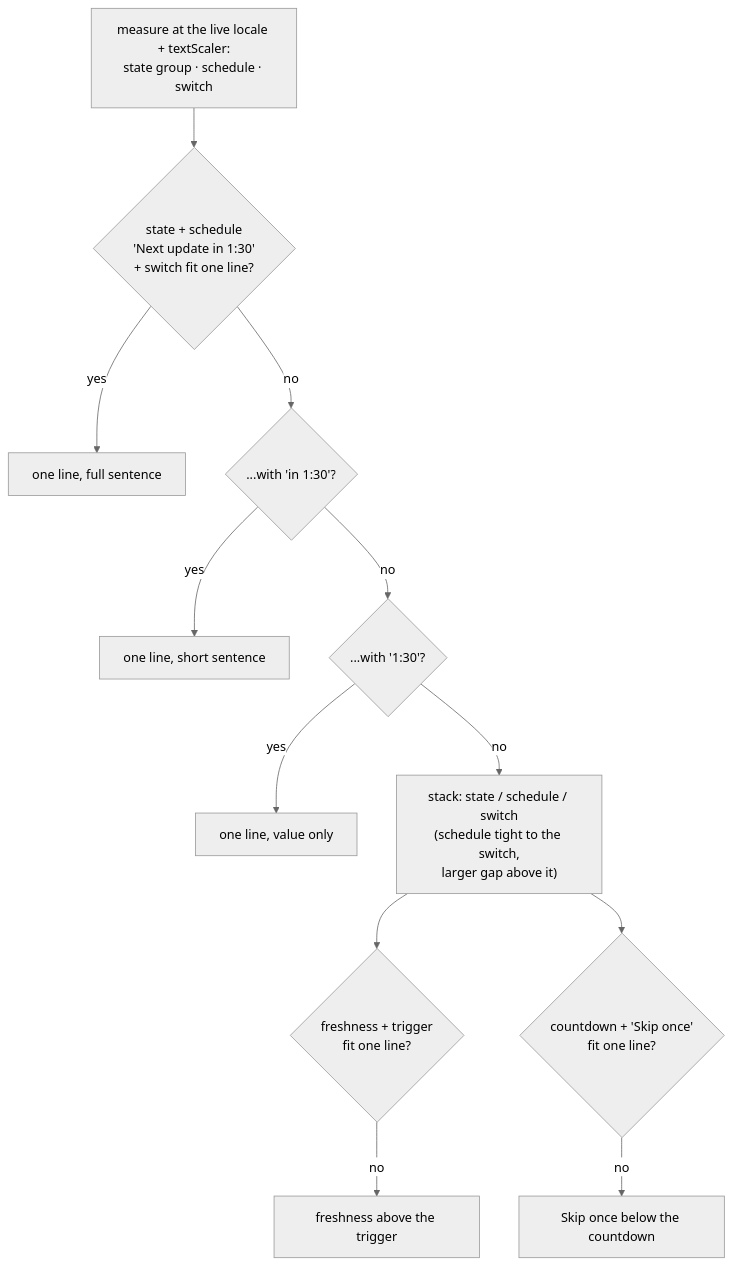
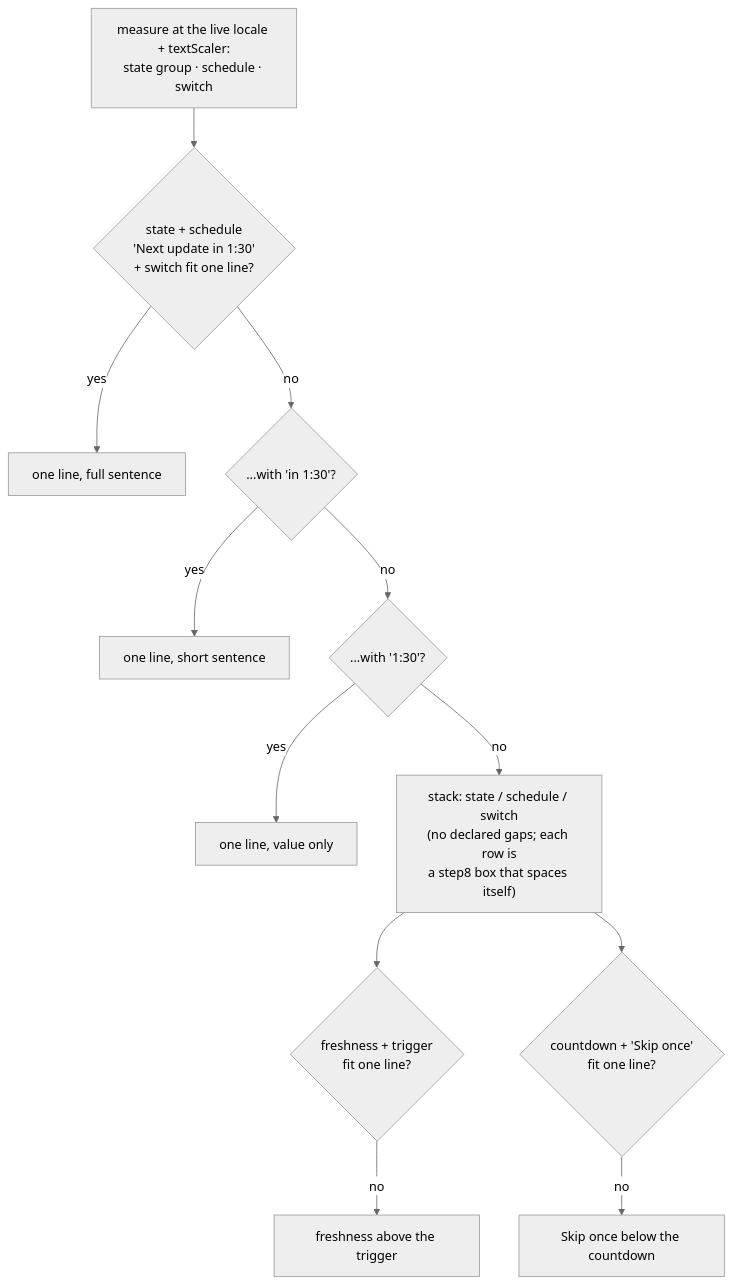
Before and after one commit to matthiasn/lotti: the second of 7 diagrams in knowledge/features/agents/ui-surfaces.md, drawn with Mermaid (neutral theme). The commit also changed other lines of this file and 3 other files, not shown here.

First line of the commit message:
fix: keep the enlarged switch row out of focus traversal

````diff
--- a/knowledge/features/agents/ui-surfaces.md
+++ b/knowledge/features/agents/ui-surfaces.md
@@ -177,14 +177,14 @@
 ```mermaid
 flowchart TD
   M["measure at the live locale + textScaler:<br/>state group · schedule · switch"] --> T0{"state + schedule<br/>'Next update in 1:30'<br/>+ switch fit one line?"}
   T0 -->|yes| W0["one line, full sentence"]
   T0 -->|no| T1{"...with 'in 1:30'?"}
   T1 -->|yes| W1["one line, short sentence"]
   T1 -->|no| T2{"...with '1:30'?"}
   T2 -->|yes| W2["one line, value only"]
-  T2 -->|no| S["stack: state / schedule / switch<br/>(schedule tight to the switch,<br/>larger gap above it)"]
+  T2 -->|no| S["stack: state / schedule / switch<br/>(no declared gaps; each row is<br/>a step8 box that spaces itself)"]
   S --> S1{"freshness + trigger<br/>fit one line?"}
   S1 -->|no| S2["freshness above the trigger"]
   S --> S3{"countdown + 'Skip once'<br/>fit one line?"}
   S3 -->|no| S4["Skip once below the countdown"]
 ```
````
